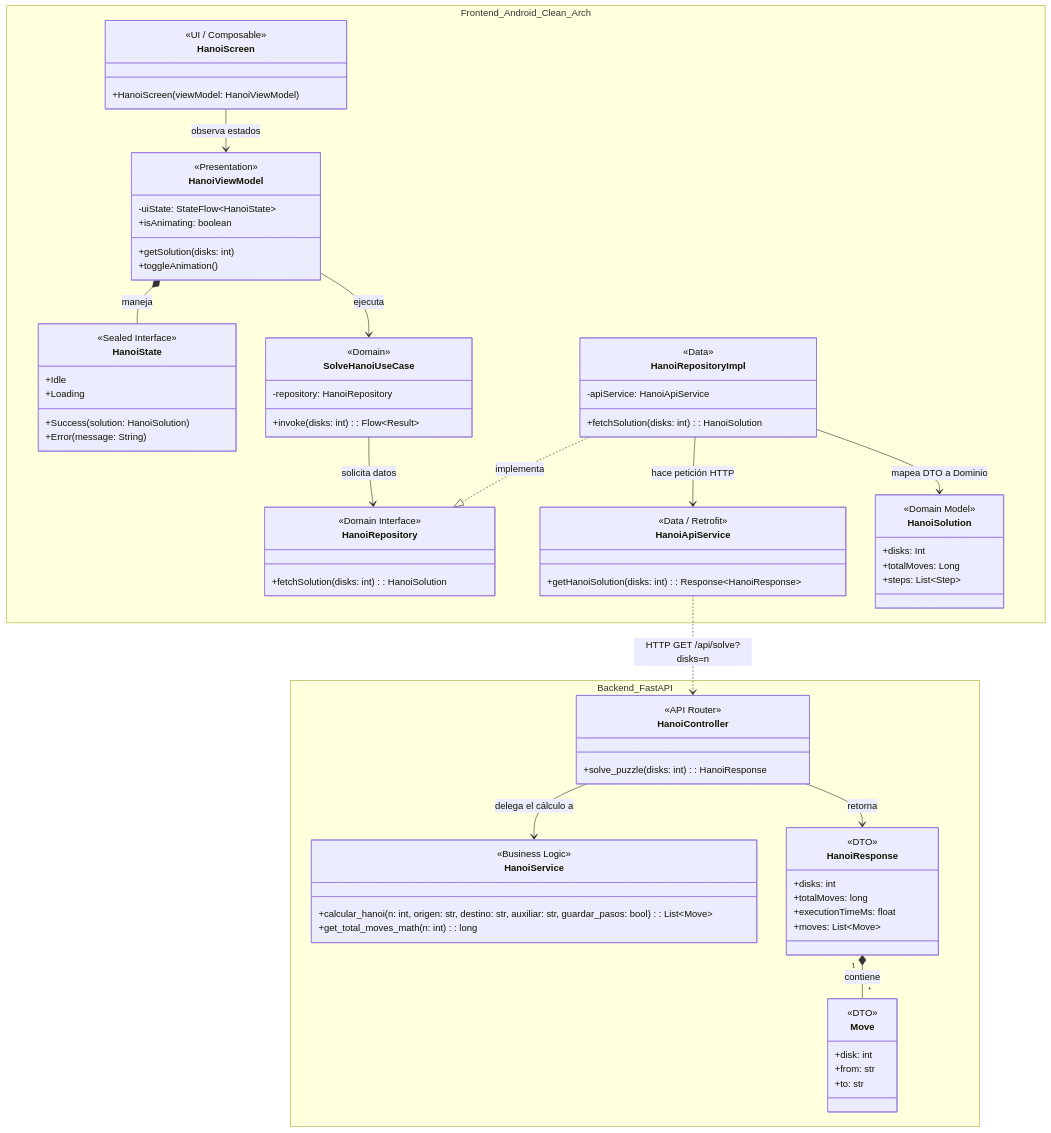
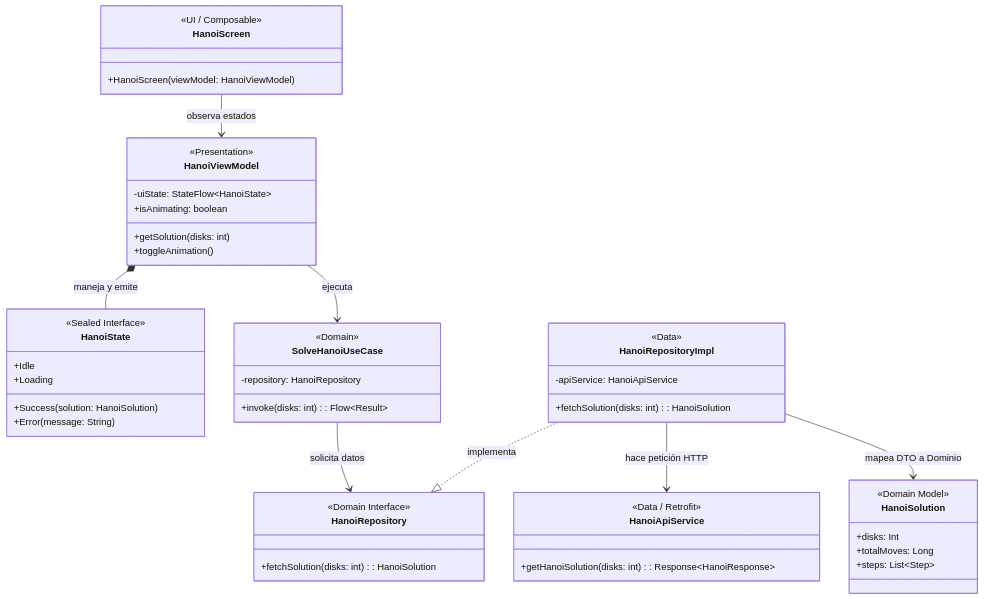
One commit to EdgarVaBo/HanoiTower-CloudSolver changed the diagram in README.md. Above: the diagram before and after it, drawn with Mermaid. The commit also changed other lines of this file, not shown here.

````diff
--- a/README.md
+++ b/README.md
@@ -29,96 +32,66 @@
 ```mermaid
 classDiagram
     %% ==========================================
-    %% BACKEND: FastAPI (Python)
+    %% CAPA DE PRESENTACIÓN (UI / ViewModel)
     %% ==========================================
-    namespace Backend_FastAPI {
-        class HanoiController {
-            <<API Router>>
-            +solve_puzzle(disks: int): HanoiResponse
-        }
-        class HanoiService {
-            <<Business Logic>>
-            +calcular_hanoi(n: int, origen: str, destino: str, auxiliar: str, guardar_pasos: bool): List~Move~
-            +get_total_moves_math(n: int): long
-        }
-        class HanoiResponse {
-            <<DTO>>
-            +disks: int
-            +totalMoves: long
-            +executionTimeMs: float
-            +moves: List~Move~
-        }
-        class Move {
-            <<DTO>>
-            +disk: int
-            +from: str
-            +to: str
-        }
+    class HanoiScreen {
+        <<UI / Composable>>
+        +HanoiScreen(viewModel: HanoiViewModel)
+    }
+    class HanoiViewModel {
+        <<Presentation>>
+        -uiState: StateFlow~HanoiState~
+        +isAnimating: boolean
+        +getSolution(disks: int)
+        +toggleAnimation()
+    }
+    class HanoiState {
+        <<Sealed Interface>>
+        +Idle
+        +Loading
+        +Success(solution: HanoiSolution)
+        +Error(message: String)
     }
 
-    HanoiController --> HanoiService : delega el cálculo a
-    HanoiController --> HanoiResponse : retorna
-    HanoiResponse "1" *-- "*" Move : contiene
+    HanoiScreen --> HanoiViewModel : observa estados
+    HanoiViewModel *-- HanoiState : maneja y emite
 
     %% ==========================================
-    %% FRONTEND: Android (Kotlin / Clean Architecture)
+    %% CAPA DE DOMINIO (Casos de Uso / Interfaces)
     %% ==========================================
-    namespace Frontend_Android_Clean_Arch {
-        class HanoiScreen {
-            <<UI / Composable>>
-            +HanoiScreen(viewModel: HanoiViewModel)
-        }
-        class HanoiViewModel {
-            <<Presentation>>
-            -uiState: StateFlow~HanoiState~
-            +isAnimating: boolean
-            +getSolution(disks: int)
-            +toggleAnimation()
-        }
-        class HanoiState {
-            <<Sealed Interface>>
-            +Idle
-            +Loading
-            +Success(solution: HanoiSolution)
-            +Error(message: String)
-        }
-        class SolveHanoiUseCase {
-            <<Domain>>
-            -repository: HanoiRepository
-            +invoke(disks: int): Flow~Result~
-        }
-        class HanoiRepository {
-            <<Domain Interface>>
-            +fetchSolution(disks: int): HanoiSolution
-        }
-        class HanoiRepositoryImpl {
-            <<Data>>
-            -apiService: HanoiApiService
-            +fetchSolution(disks: int): HanoiSolution
-        }
-        class HanoiApiService {
-            <<Data / Retrofit>>
-            +getHanoiSolution(disks: int): Response~HanoiResponse~
-        }
-        class HanoiSolution {
-            <<Domain Model>>
-            +disks: Int
-            +totalMoves: Long
-            +steps: List~Step~
-        }
+    class SolveHanoiUseCase {
+        <<Domain>>
+        -repository: HanoiRepository
+        +invoke(disks: int): Flow~Result~
+    }
+    class HanoiRepository {
+        <<Domain Interface>>
+        +fetchSolution(disks: int): HanoiSolution
+    }
+    class HanoiSolution {
+        <<Domain Model>>
+        +disks: Int
+        +totalMoves: Long
+        +steps: List~Step~
     }
 
-    %% Relaciones del Frontend
-    HanoiScreen --> HanoiViewModel : observa estados
-    HanoiViewModel *-- HanoiState : maneja
     HanoiViewModel --> SolveHanoiUseCase : ejecuta
     SolveHanoiUseCase --> HanoiRepository : solicita datos
+
+    %% ==========================================
+    %% CAPA DE DATOS (Implementación / Red)
+    %% ==========================================
+    class HanoiRepositoryImpl {
+        <<Data>>
+        -apiService: HanoiApiService
+        +fetchSolution(disks: int): HanoiSolution
+    }
+    class HanoiApiService {
+        <<Data / Retrofit>>
+        +getHanoiSolution(disks: int): Response~HanoiResponse~
+    }
+
     HanoiRepositoryImpl ..|> HanoiRepository : implementa
     HanoiRepositoryImpl --> HanoiApiService : hace petición HTTP
     HanoiRepositoryImpl --> HanoiSolution : mapea DTO a Dominio
-
-    %% ==========================================
-    %% CONEXIÓN CLIENTE - SERVIDOR
-    %% ==========================================
-    HanoiApiService ..> HanoiController : HTTP GET /api/solve?disks=n
 ```
````
